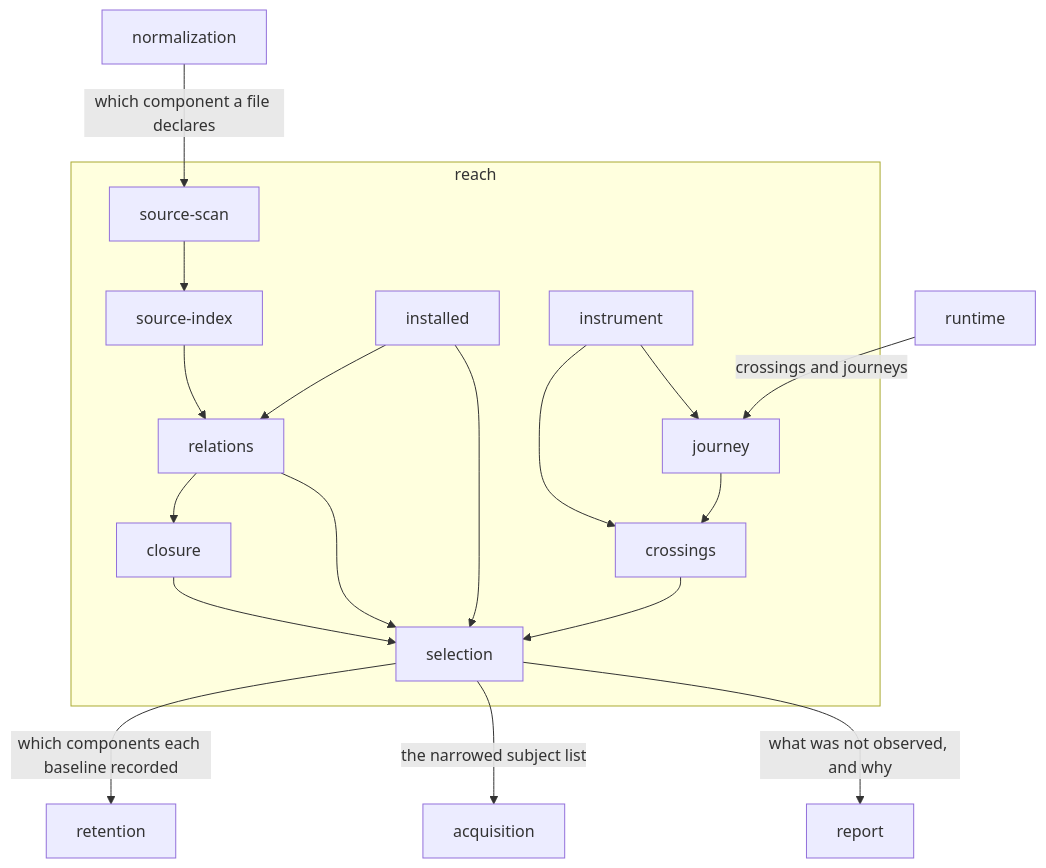
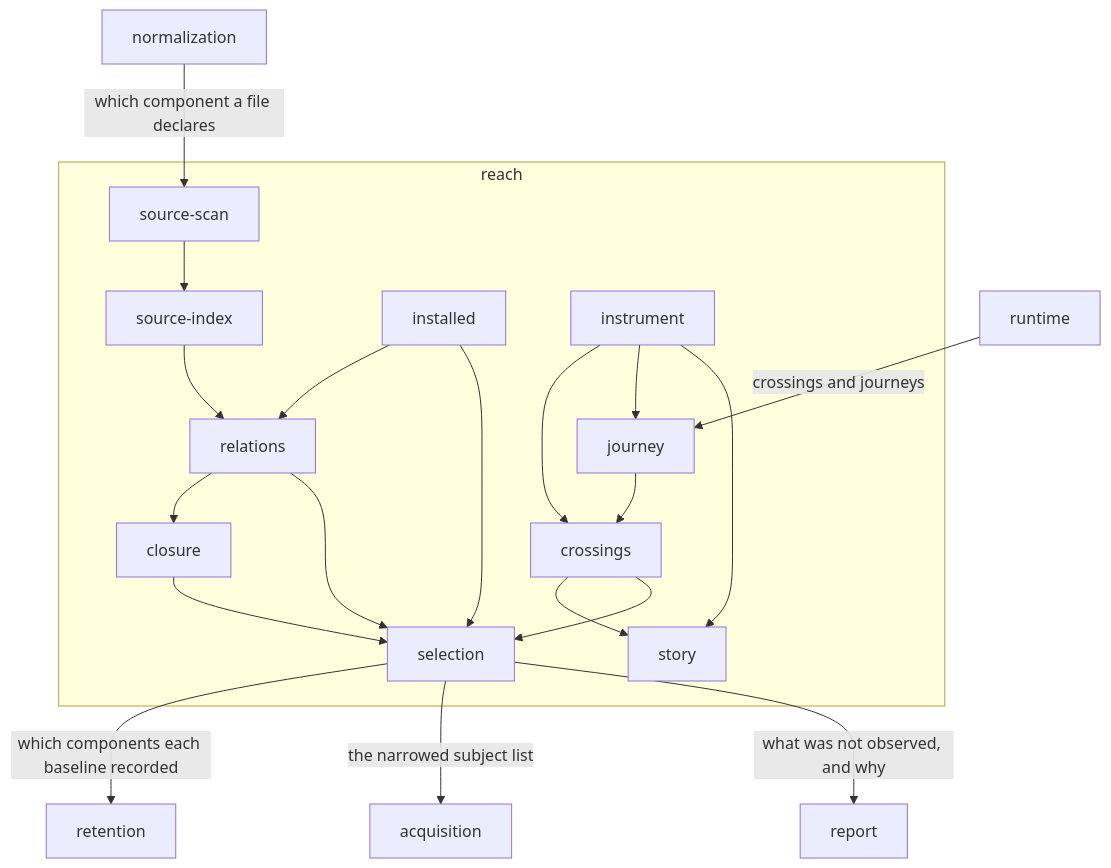
One commit to Variance-Authority/variance-authority changed the diagram in .compass/variance-authority/reach/README.md. Above: the diagram before and after it, drawn with Mermaid. The commit also changed other lines of this file and 6 other files, not shown here.

First line of the commit message:
docs(compass): chart a story — the order one case visited, read a part at a time

````diff
--- a/.compass/variance-authority/reach/README.md
+++ b/.compass/variance-authority/reach/README.md
@@ -144,23 +147,25 @@
 ```mermaid
 flowchart TB
   NORM[normalization] -->|which component a file declares| SCAN
 
   subgraph reach
     SCAN[source-scan] --> INDEX[source-index]
     INDEX --> REL[relations]
     INS[installed] --> REL
     INS --> SEL
     REL --> CLO[closure]
     REL --> SEL[selection]
     CLO --> SEL
     INST[instrument] --> CROSS[crossings]
     INST --> JRN[journey]
     JRN --> CROSS
+    INST --> STORY[story]
+    CROSS --> STORY
     CROSS --> SEL
   end
 
   RUN[runtime] -->|crossings and journeys| JRN
   SEL -->|which components each baseline recorded| RET[retention]
   SEL -->|the narrowed subject list| ACQ[acquisition]
   SEL -->|what was not observed, and why| REP[report]
 ```
````
